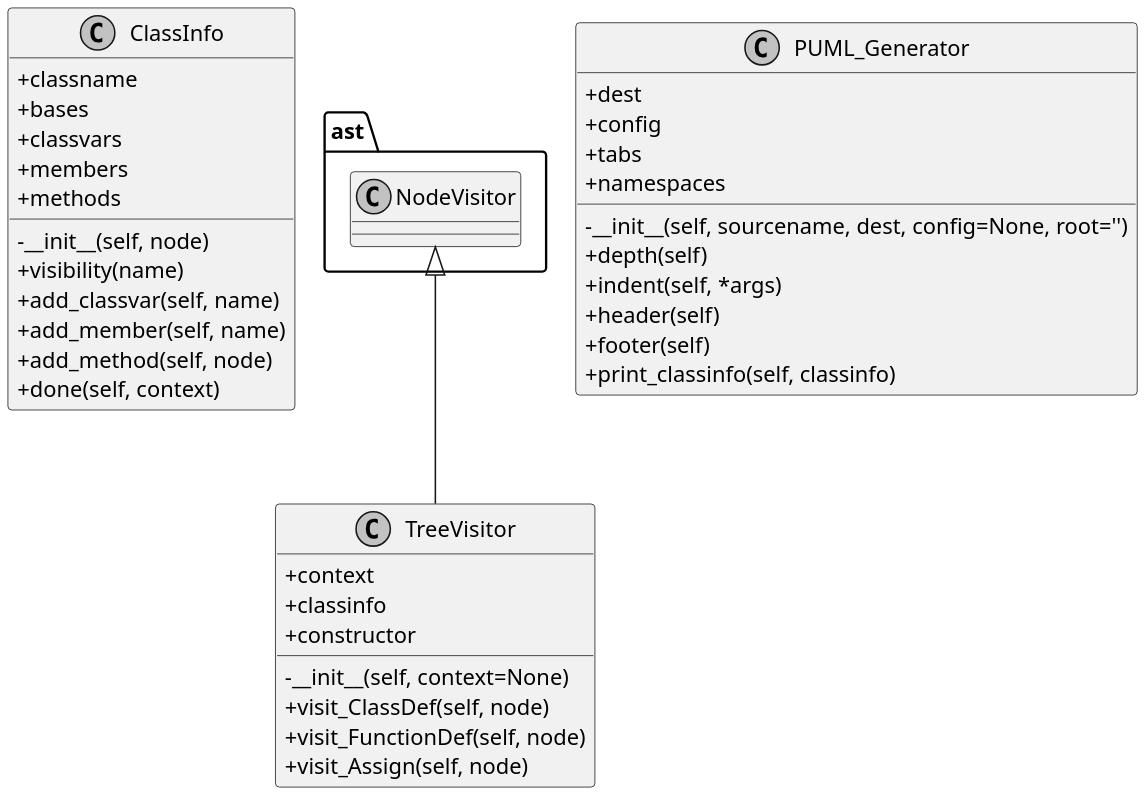
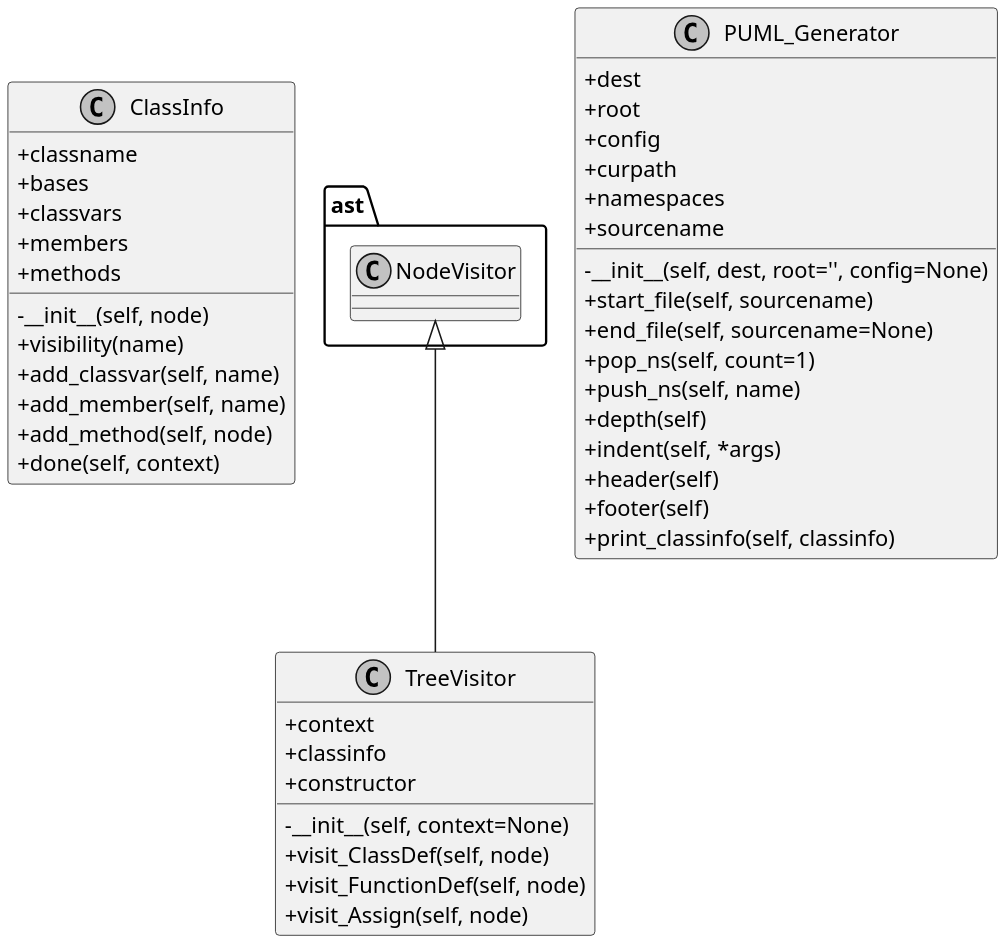
The diagram in py2puml/examples/py2puml.puml (deadbok/py-puml-tools), drawn with PlantUML before and after one commit. The commit also changed 3 other files, not shown here.

```diff
--- a/py2puml/examples/py2puml.puml
+++ b/py2puml/examples/py2puml.puml
@@ -1,47 +1,53 @@
 @startuml
 skinparam monochrome true
 skinparam classAttributeIconSize 0
 scale 2
 
 class ClassInfo {
   +classname
   +bases
   +classvars
   +members
   +methods
   -__init__(self, node)
   +visibility(name)
   +add_classvar(self, name)
   +add_member(self, name)
   +add_method(self, node)
   +done(self, context)
 }
 
 ast.NodeVisitor <|-- TreeVisitor
 class TreeVisitor {
   +context
   +classinfo
   +constructor
   -__init__(self, context=None)
   +visit_ClassDef(self, node)
   +visit_FunctionDef(self, node)
   +visit_Assign(self, node)
 }
 
 class PUML_Generator {
   +dest
+  +root
   +config
-  +tabs
+  +curpath
   +namespaces
-  -__init__(self, sourcename, dest, config=None, root='')
+  +sourcename
+  -__init__(self, dest, root='', config=None)
+  +start_file(self, sourcename)
+  +end_file(self, sourcename=None)
+  +pop_ns(self, count=1)
+  +push_ns(self, name)
   +depth(self)
   +indent(self, *args)
   +header(self)
   +footer(self)
   +print_classinfo(self, classinfo)
 }
 
 ' customizable epilog
 ' here you may add notes and associations
 
 @enduml
```
